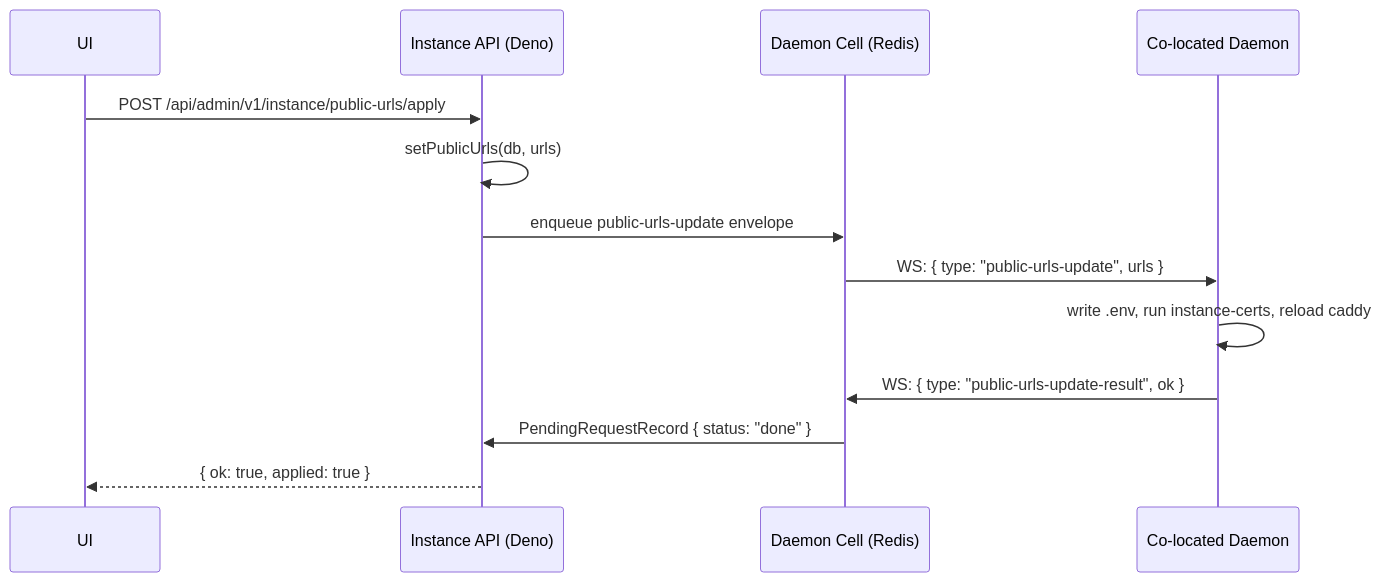
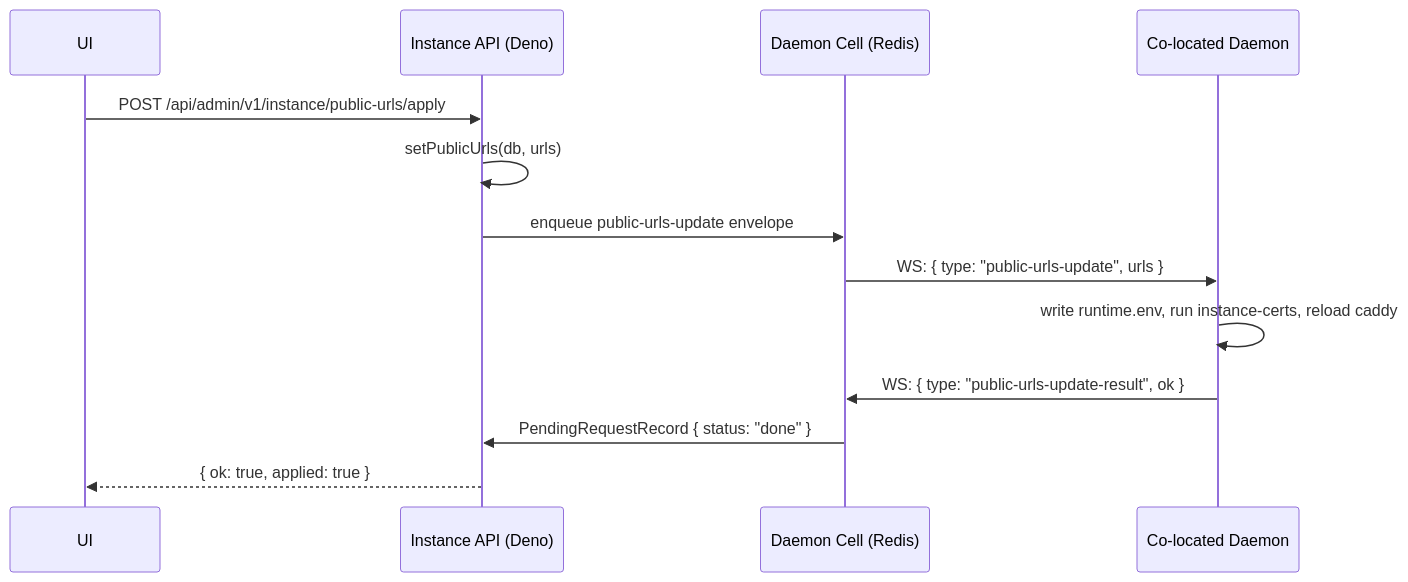
One commit to TurboPanel/turbopanel changed the first of 3 diagrams in AGENTS.md. Above: the diagram before and after it, drawn with Mermaid. The commit also changed other lines of this file and 17 other files, not shown here.

````diff
--- a/AGENTS.md
+++ b/AGENTS.md
@@ -269,16 +272,16 @@
 ```mermaid
 sequenceDiagram
     participant UI
     participant Instance as Instance API (Deno)
     participant Cell as Daemon Cell (Redis)
     participant Daemon as Co-located Daemon
 
     UI->>Instance: POST /api/admin/v1/instance/public-urls/apply
     Instance->>Instance: setPublicUrls(db, urls)
     Instance->>Cell: enqueue public-urls-update envelope
     Cell->>Daemon: WS: { type: "public-urls-update", urls }
-    Daemon->>Daemon: write .env, run instance-certs, reload caddy
+    Daemon->>Daemon: write runtime.env, run instance-certs, reload caddy
     Daemon->>Cell: WS: { type: "public-urls-update-result", ok }
     Cell->>Instance: PendingRequestRecord { status: "done" }
     Instance-->>UI: { ok: true, applied: true }
 ```
````
